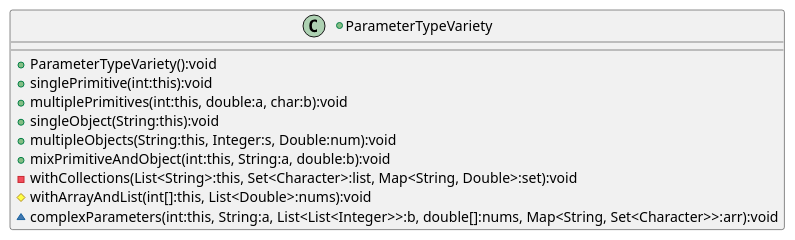
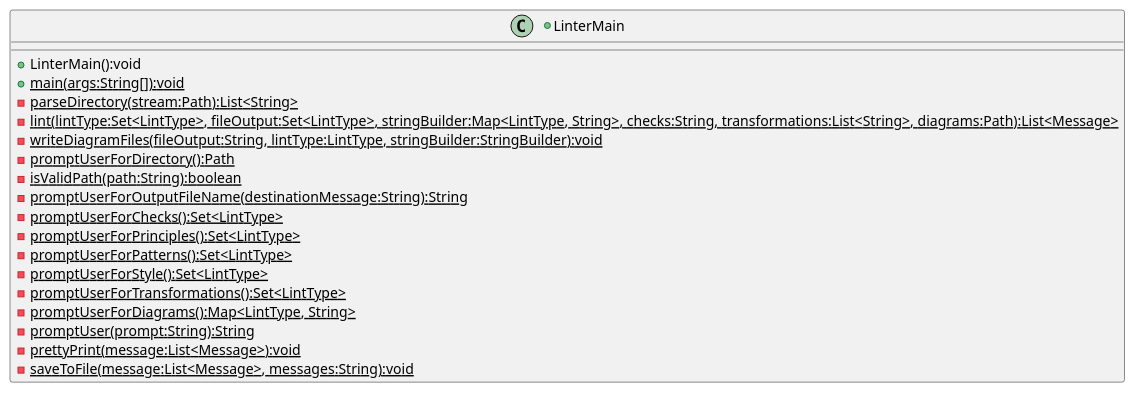
One commit to abeGizaw/JavaUMLCreator changed the diagram in output.puml. Above: the diagram before and after it, drawn with PlantUML. The commit also changed 4 other files, not shown here.

Commit message:
adjusting uml to account for my feature

```diff
--- a/output.puml
+++ b/output.puml
@@ -1,14 +1,22 @@
 @startuml
-+class ParameterTypeVariety{
-	+ParameterTypeVariety():void
-	+singlePrimitive(int:this):void
-	+multiplePrimitives(int:this, double:a, char:b):void
-	+singleObject(String:this):void
-	+multipleObjects(String:this, Integer:s, Double:num):void
-	+mixPrimitiveAndObject(int:this, String:a, double:b):void
-	-withCollections(List<String>:this, Set<Character>:list, Map<String, Double>:set):void
-	#withArrayAndList(int[]:this, List<Double>:nums):void
-	~complexParameters(int:this, String:a, List<List<Integer>>:b, double[]:nums, Map<String, Set<Character>>:arr):void
++class LinterMain{
+	+LinterMain():void
+	+{static}main(args:String[]):void
+	-{static}parseDirectory(stream:Path):List<String>
+	-{static}lint(lintType:Set<LintType>, fileOutput:Set<LintType>, stringBuilder:Map<LintType, String>, checks:String, transformations:List<String>, diagrams:Path):List<Message>
+	-{static}writeDiagramFiles(fileOutput:String, lintType:LintType, stringBuilder:StringBuilder):void
+	-{static}promptUserForDirectory():Path
+	-{static}isValidPath(path:String):boolean
+	-{static}promptUserForOutputFileName(destinationMessage:String):String
+	-{static}promptUserForChecks():Set<LintType>
+	-{static}promptUserForPrinciples():Set<LintType>
+	-{static}promptUserForPatterns():Set<LintType>
+	-{static}promptUserForStyle():Set<LintType>
+	-{static}promptUserForTransformations():Set<LintType>
+	-{static}promptUserForDiagrams():Map<LintType, String>
+	-{static}promptUser(prompt:String):String
+	-{static}prettyPrint(message:List<Message>):void
+	-{static}saveToFile(message:List<Message>, messages:String):void
 	}
 
 @enduml
```
